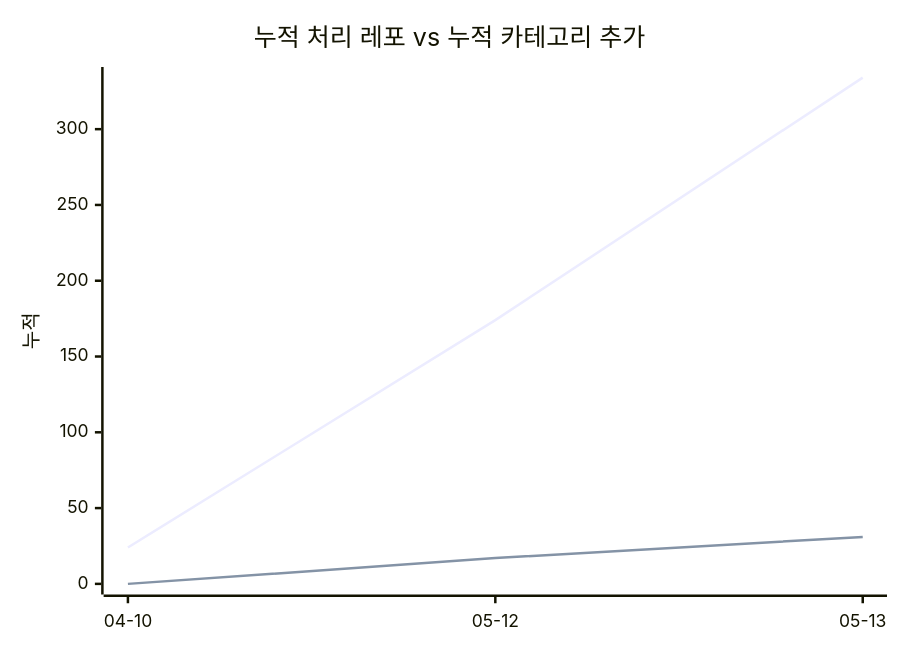
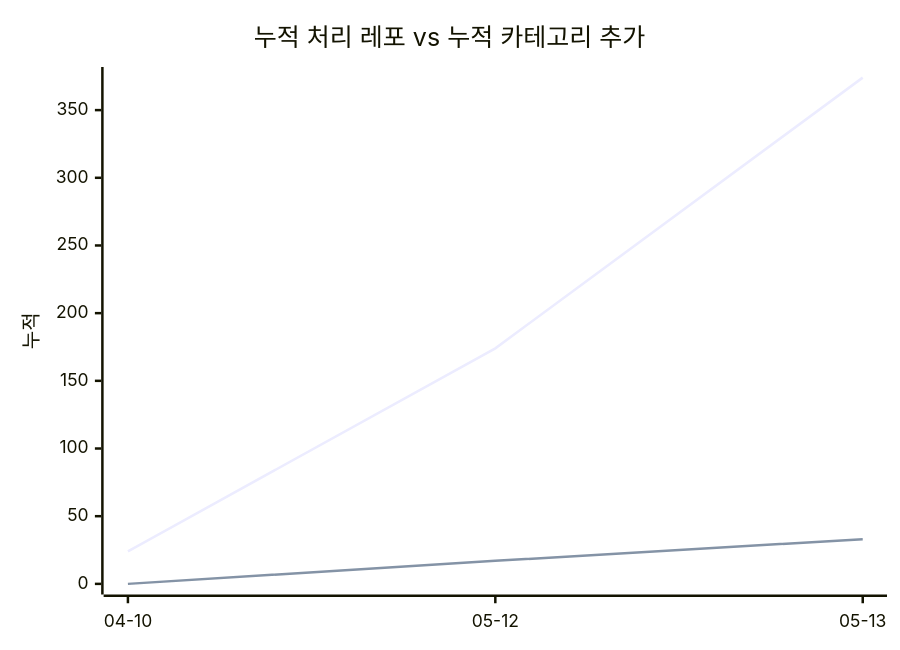
Before and after one commit to J-nowcow/awesome-korean-agent-skills: the second of 2 diagrams in docs/trends.md, drawn with Mermaid. The commit also changed other lines of this file and 5 other files, not shown here.

````diff
--- a/docs/trends.md
+++ b/docs/trends.md
@@ -57,8 +57,8 @@
 ```mermaid
 xychart-beta
     title "누적 처리 레포 vs 누적 카테고리 추가"
     x-axis ["04-10","05-12","05-13"]
     y-axis "누적"
-    line [24,174,334]
-    line [0,17,31]
+    line [24,174,374]
+    line [0,17,33]
 ```
````
